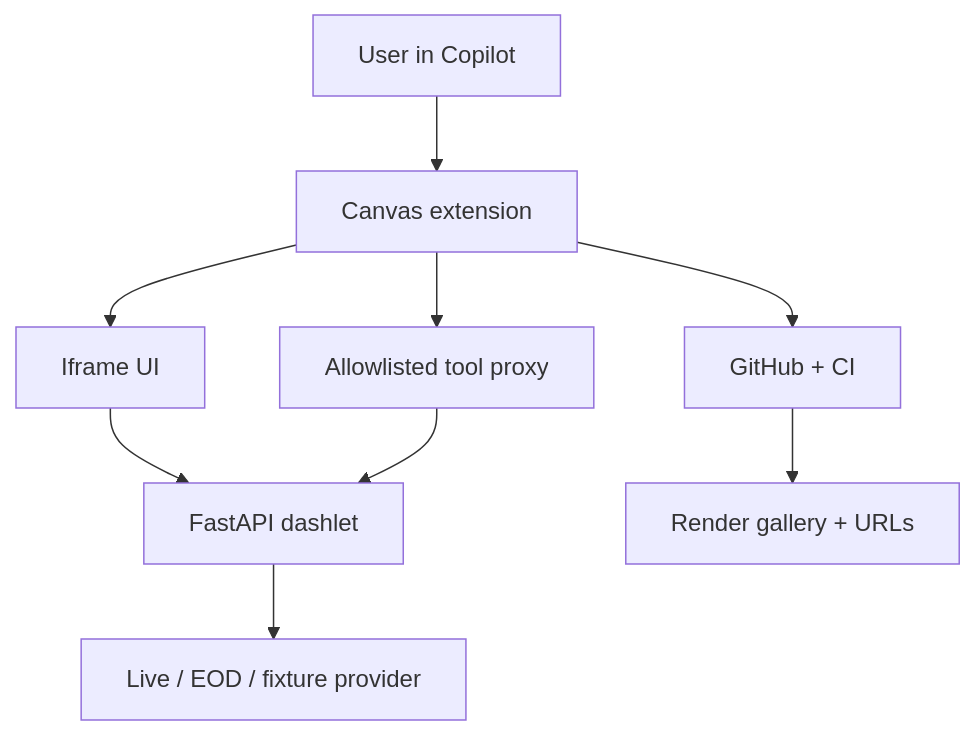
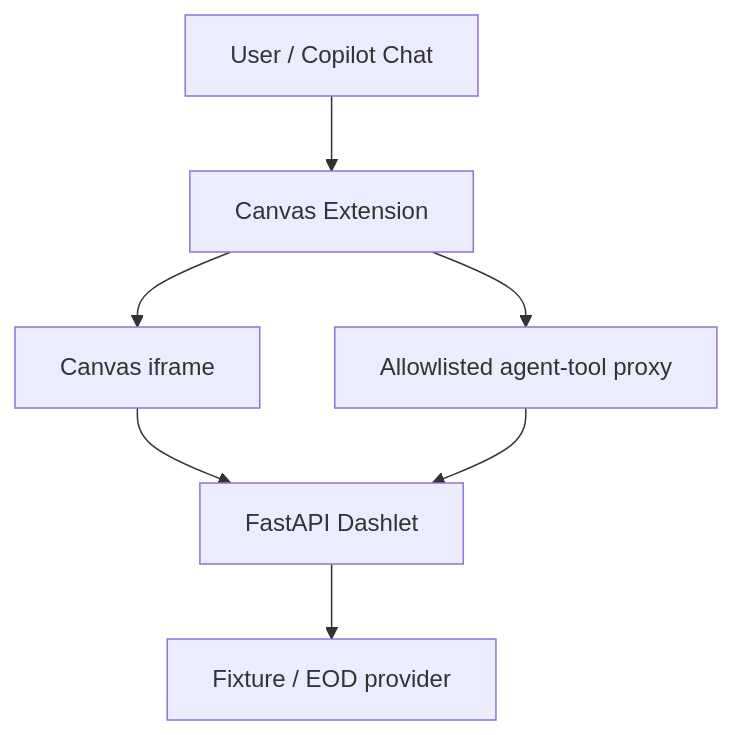
The diagram in README.md (navoditk/canvas-dashlet-studio), drawn with Mermaid before and after one commit. The commit also changed other lines of this file and 5 other files, not shown here.

First line of the commit message:
Document Treasury milestone and next roadmap

````diff
--- a/README.md
+++ b/README.md
@@ -112,11 +35,9 @@
 ```mermaid
 flowchart TB
-    User["User in Copilot"] --> Canvas["Canvas extension"]
-    Canvas --> Frame["Iframe UI"]
-    Canvas --> Proxy["Allowlisted tool proxy"]
-    Frame --> API["FastAPI dashlet"]
+    User["User / Copilot Chat"] --> Canvas["Canvas Extension"]
+    Canvas --> Frame["Canvas iframe"]
+    Canvas --> Proxy["Allowlisted agent-tool proxy"]
+    Frame --> API["FastAPI Dashlet"]
     Proxy --> API
-    API --> Provider["Live / EOD / fixture provider"]
-    Canvas --> GitHub["GitHub + CI"]
-    GitHub --> Host["Render gallery + URLs"]
+    API --> Provider["Fixture / EOD provider"]
 ```
````
